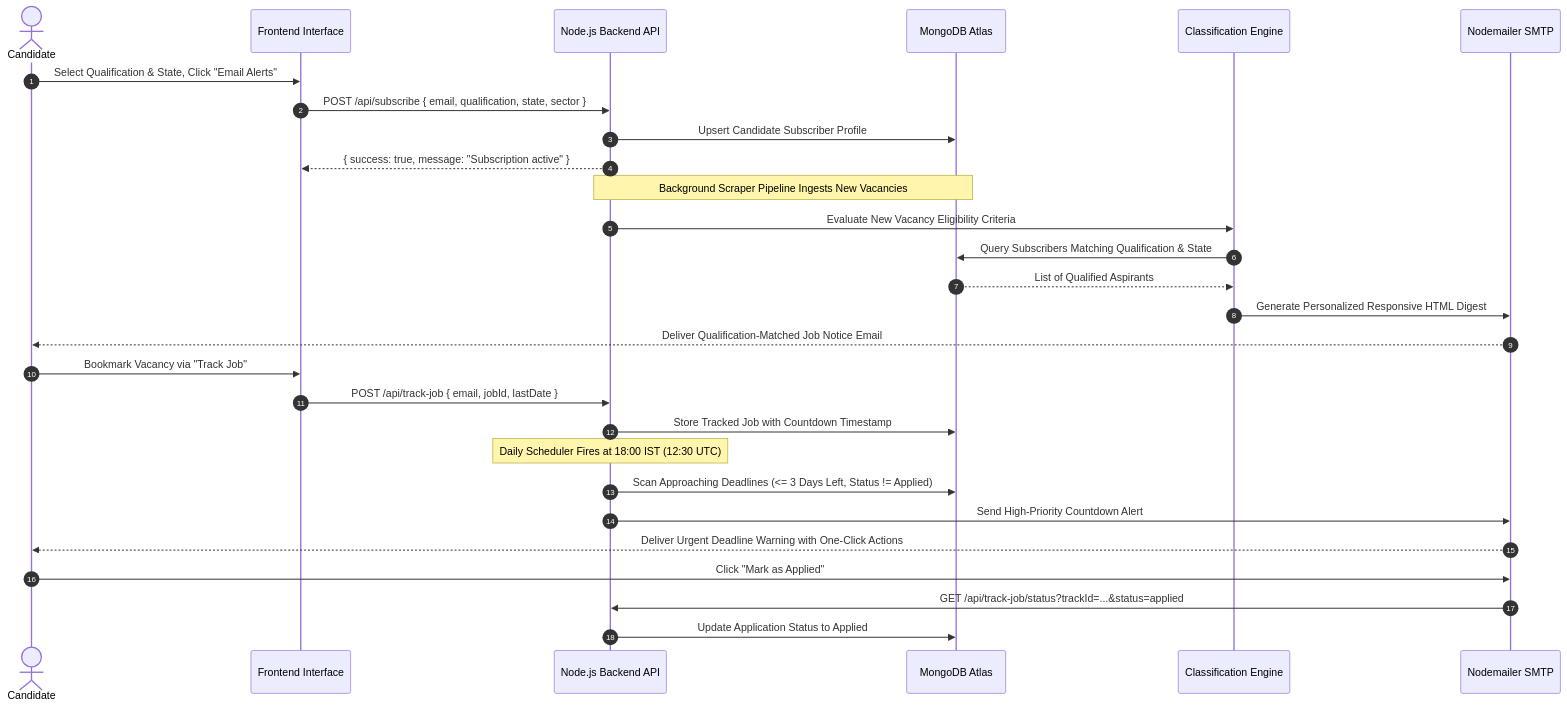
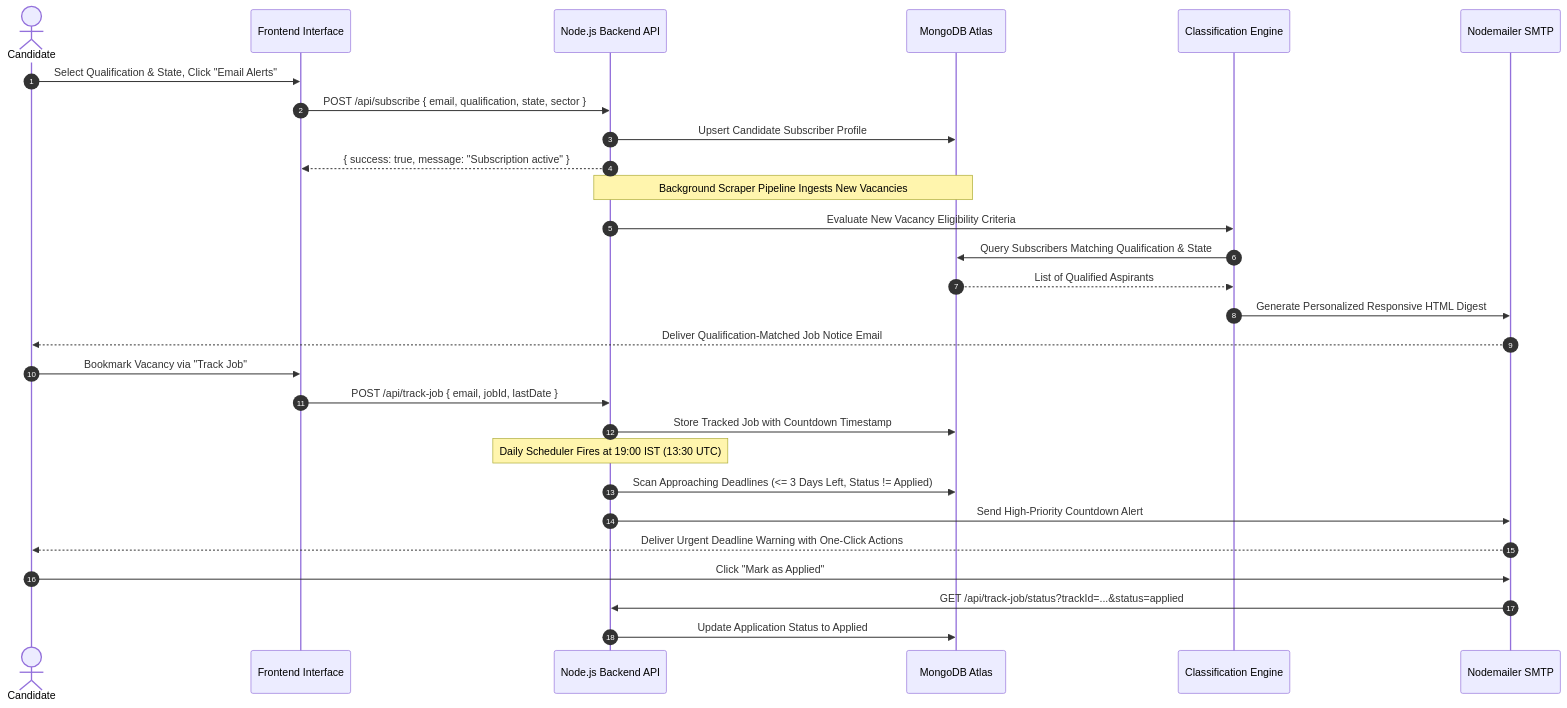
Before and after one commit to Inscrutable21/Sarkari_Result: the second of 3 diagrams in README.md, drawn with Mermaid. The commit also changed other lines of this file and 15 other files, not shown here.

````diff
--- a/README.md
+++ b/README.md
@@ -142,34 +142,34 @@
 ```mermaid
 sequenceDiagram
     autonumber
     actor Candidate as Candidate
     participant UI as Frontend Interface
     participant API as Node.js Backend API
     participant DB as MongoDB Atlas
     participant Matcher as Classification Engine
     participant Mail as Nodemailer SMTP
 
     Candidate->>UI: Select Qualification & State, Click "Email Alerts"
     UI->>API: POST /api/subscribe { email, qualification, state, sector }
     API->>DB: Upsert Candidate Subscriber Profile
     API-->>UI: { success: true, message: "Subscription active" }
 
     Note over API,DB: Background Scraper Pipeline Ingests New Vacancies
     API->>Matcher: Evaluate New Vacancy Eligibility Criteria
     Matcher->>DB: Query Subscribers Matching Qualification & State
     DB-->>Matcher: List of Qualified Aspirants
     Matcher->>Mail: Generate Personalized Responsive HTML Digest
     Mail-->>Candidate: Deliver Qualification-Matched Job Notice Email
 
     Candidate->>UI: Bookmark Vacancy via "Track Job"
     UI->>API: POST /api/track-job { email, jobId, lastDate }
     API->>DB: Store Tracked Job with Countdown Timestamp
     
-    Note over API: Daily Scheduler Fires at 18:00 IST (12:30 UTC)
+    Note over API: Daily Scheduler Fires at 19:00 IST (13:30 UTC)
     API->>DB: Scan Approaching Deadlines (<= 3 Days Left, Status != Applied)
     API->>Mail: Send High-Priority Countdown Alert
     Mail-->>Candidate: Deliver Urgent Deadline Warning with One-Click Actions
     Candidate->>Mail: Click "Mark as Applied"
     Mail->>API: GET /api/track-job/status?trackId=...&status=applied
     API->>DB: Update Application Status to Applied
 ```
````
